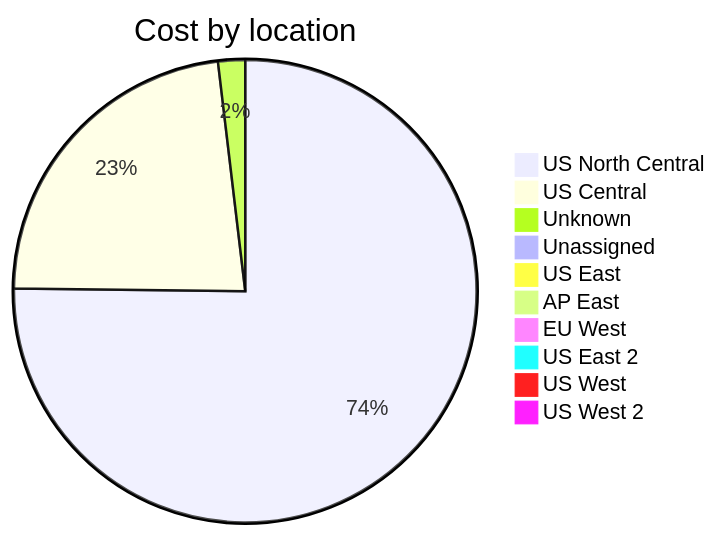
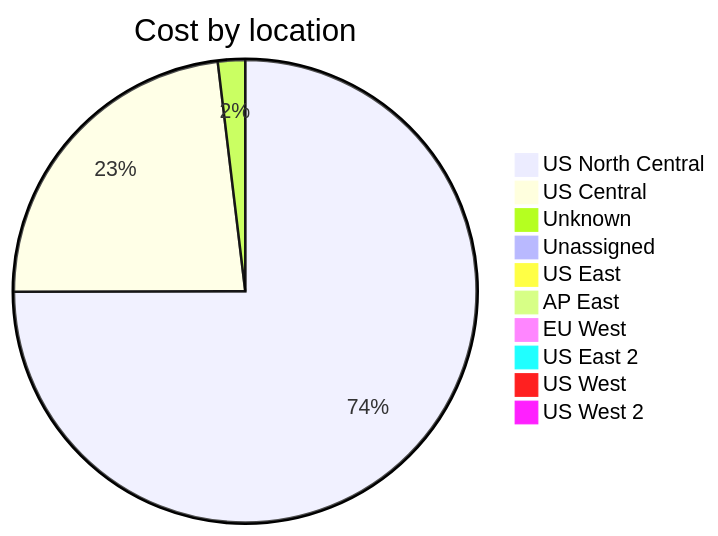
The third of 4 diagrams in cost-reports/accumulated-cost.md (jpfulton/azure-personal-reports), drawn with Mermaid before and after one commit. The commit also changed other lines of this file and 4 other files, not shown here.

````diff
--- a/cost-reports/accumulated-cost.md
+++ b/cost-reports/accumulated-cost.md
@@ -130,14 +130,14 @@
 ```mermaid
 pie
    title Cost by location
-   "US North Central" : 42.63
-   "US Central" : 13.00
-   "Unknown" : 1.07
-   "Unassigned" : 0.53
-   "US East" : 0.23
+   "US North Central" : 44.15
+   "US Central" : 13.62
+   "Unknown" : 1.12
+   "Unassigned" : 0.54
+   "US East" : 0.24
    "AP East" : 0.00
    "EU West" : 0.00
    "US East 2" : 0.00
    "US West" : 0.00
    "US West 2" : 0.00
 ```
````
